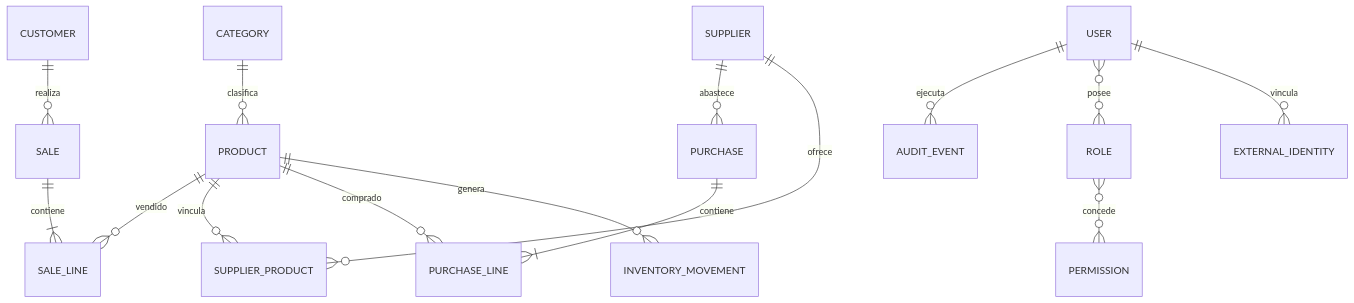
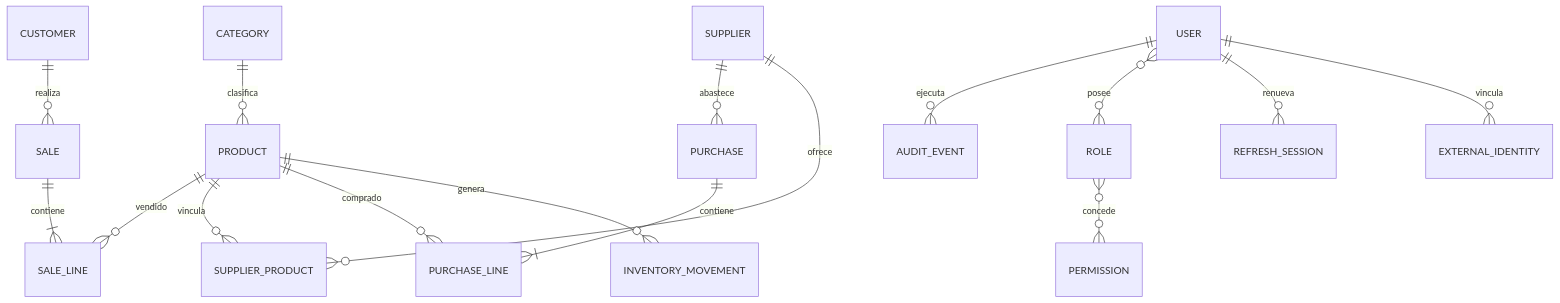
One commit to JoseJeanPaulGM/Dashboard-de-Gestion-comercial changed the diagram in docs/database/conceptual-model.md. Above: the diagram before and after it, drawn with Mermaid. The commit also changed other lines of this file and 15 other files, not shown here.

````diff
--- a/docs/database/conceptual-model.md
+++ b/docs/database/conceptual-model.md
@@ -5,17 +5,18 @@
 ```mermaid
 erDiagram
     CUSTOMER ||--o{ SALE : realiza
     SALE ||--|{ SALE_LINE : contiene
     PRODUCT ||--o{ SALE_LINE : vendido
     SUPPLIER ||--o{ PURCHASE : abastece
     SUPPLIER ||--o{ SUPPLIER_PRODUCT : ofrece
     PRODUCT ||--o{ SUPPLIER_PRODUCT : vincula
     PURCHASE ||--|{ PURCHASE_LINE : contiene
     PRODUCT ||--o{ PURCHASE_LINE : comprado
     CATEGORY ||--o{ PRODUCT : clasifica
     PRODUCT ||--o{ INVENTORY_MOVEMENT : genera
     USER ||--o{ AUDIT_EVENT : ejecuta
     USER }o--o{ ROLE : posee
     ROLE }o--o{ PERMISSION : concede
+    USER ||--o{ REFRESH_SESSION : renueva
     USER ||--o{ EXTERNAL_IDENTITY : vincula
 ```
````
